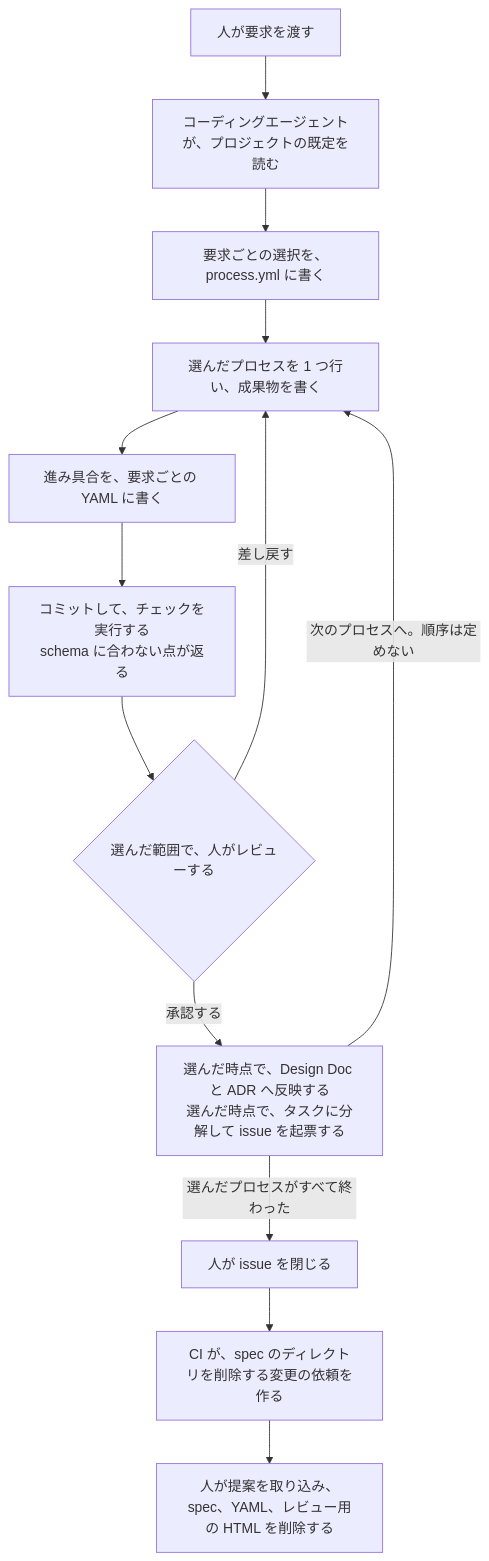
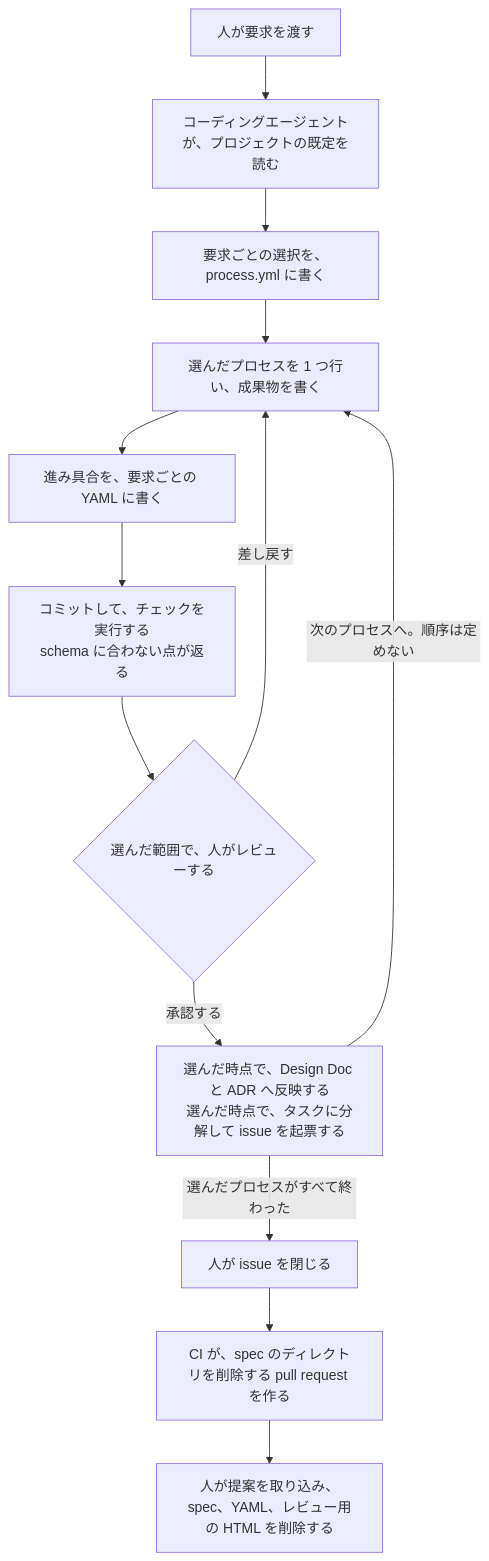
The second of 2 diagrams in design/features/process/DesignDoc_process.md (Fukuemon/agent-harness), drawn with Mermaid before and after one commit. The commit also changed other lines of this file and 12 other files, not shown here.

First line of the commit message:
docs: 変更の依頼を pull request に置き換え、prh に規則を足す

````diff
--- a/design/features/process/DesignDoc_process.md
+++ b/design/features/process/DesignDoc_process.md
@@ -173,15 +173,15 @@
 ```mermaid
 flowchart TD
     req["人が要求を渡す"] --> defaults["コーディングエージェントが、プロジェクトの既定を読む"]
     defaults --> declare["要求ごとの選択を、process.yml に書く"]
     declare --> work["選んだプロセスを 1 つ行い、成果物を書く"]
     work --> progress["進み具合を、要求ごとの YAML に書く"]
     progress --> check["コミットして、チェックを実行する<br>schema に合わない点が返る"]
     check --> review{"選んだ範囲で、人がレビューする"}
     review -- "差し戻す" --> work
     review -- "承認する" --> reflect["選んだ時点で、Design Doc と ADR へ反映する<br>選んだ時点で、タスクに分解して issue を起票する"]
     reflect -- "次のプロセスへ。順序は定めない" --> work
     reflect -- "選んだプロセスがすべて終わった" --> close["人が issue を閉じる"]
-    close --> propose["CI が、spec のディレクトリを削除する変更の依頼を作る"]
+    close --> propose["CI が、spec のディレクトリを削除する pull request を作る"]
     propose --> remove["人が提案を取り込み、spec、YAML、レビュー用の HTML を削除する"]
 ```
````
